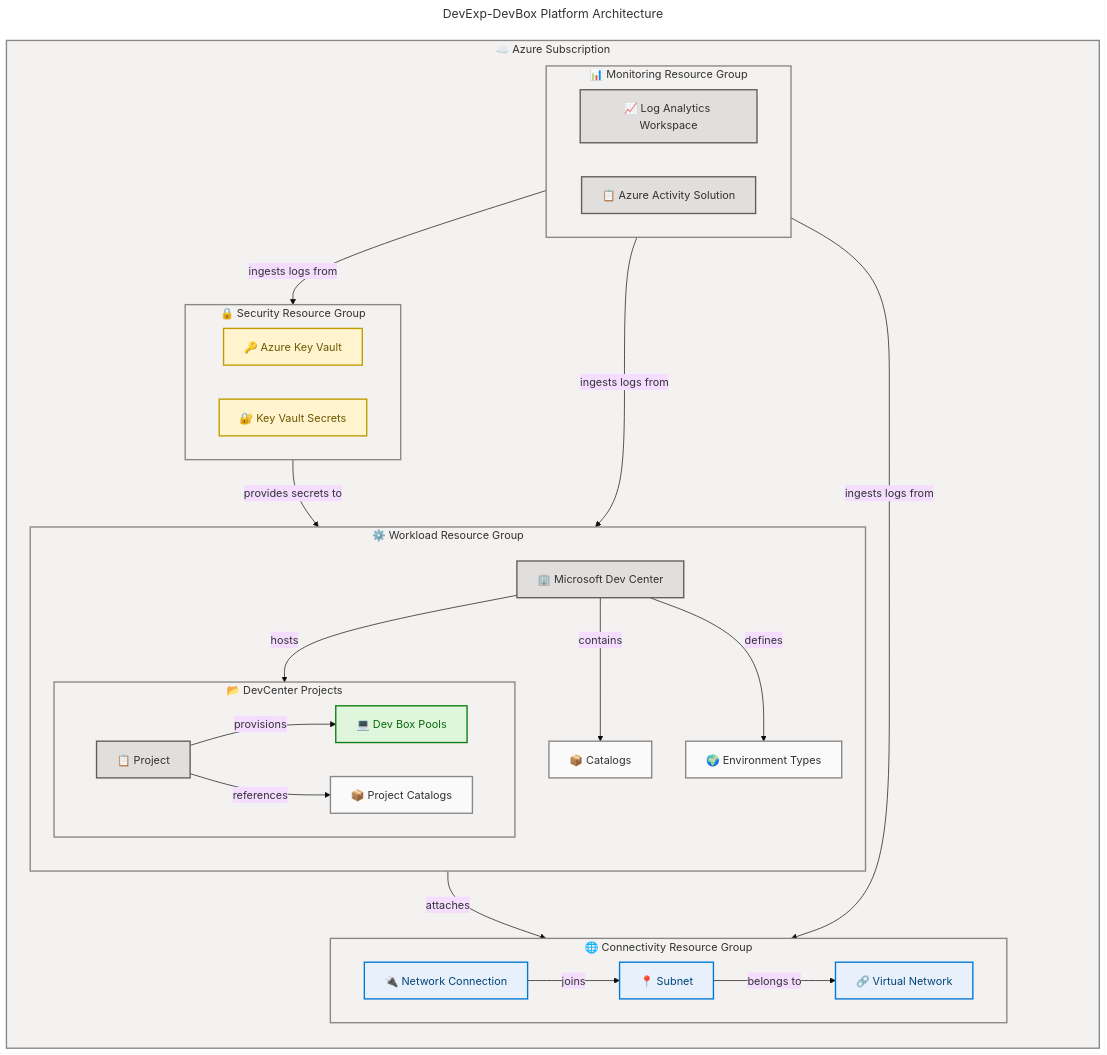
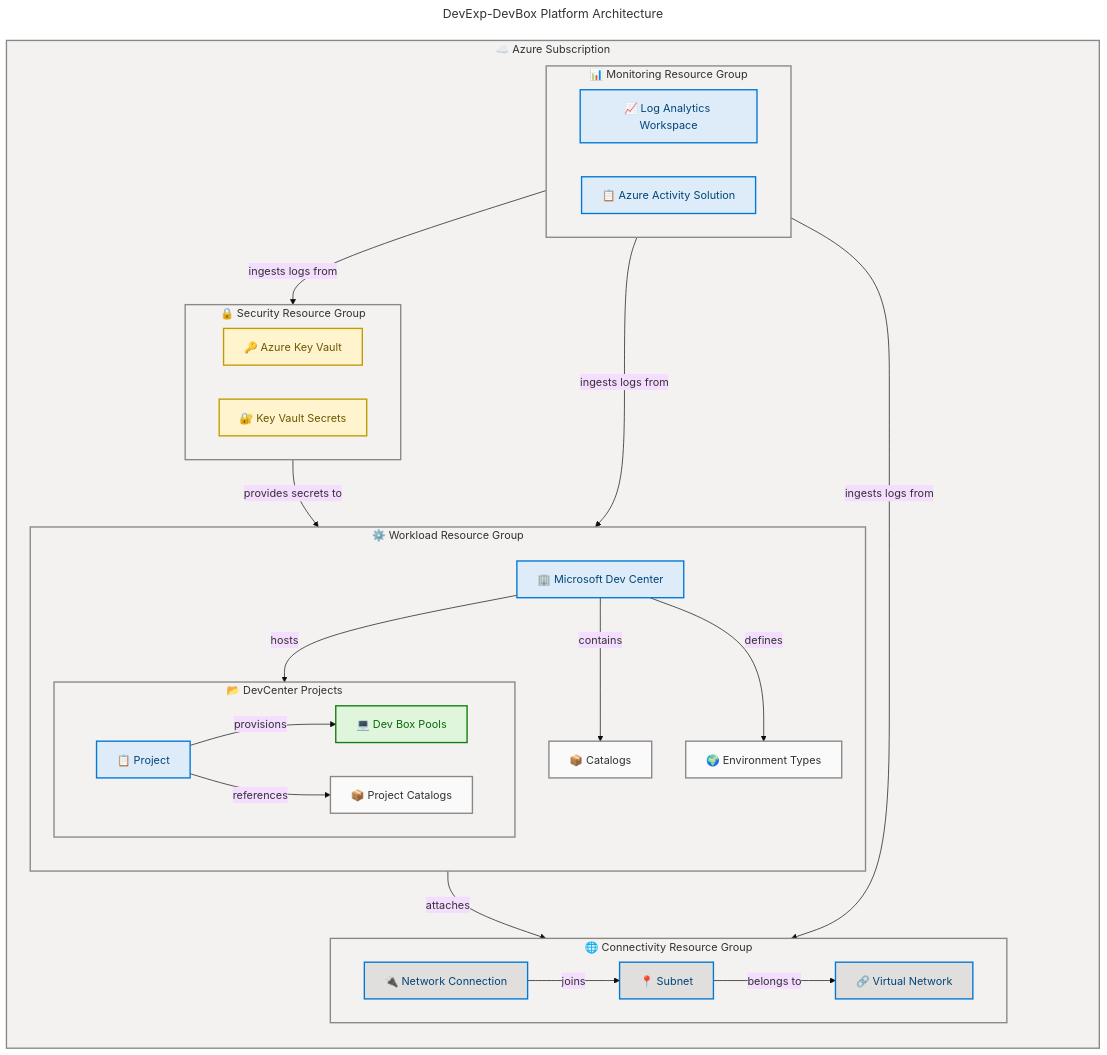
One commit to Evilazaro/DevExp-DevBox changed the first of 2 diagrams in README.md. Above: the diagram before and after it, drawn with Mermaid. The commit also changed other lines of this file, not shown here.

Commit message:
docs: update color documentation in flowcharts for clarity and consistency

````diff
--- a/README.md
+++ b/README.md
@@ -97,11 +97,11 @@
     %% ═══════════════════════════════════════════════════════════════════════════
 
     %% COLOR DOCUMENTATION
-    %% core (#E1DFDD) — Process/API layers (DevCenter, projects, monitoring)
+    %% neutral (#FAFAFA) — Non-semantic supporting elements (catalogs, env types)
+    %% core (#DEECF9) — Process/API layers (DevCenter, projects, monitoring)
     %% success (#DFF6DD) — Deployment pools, provisioned resources
     %% warning (#FFF4CE) — Security-sensitive resources (Key Vault, secrets)
-    %% data (#E8F1FB) — Network/external infrastructure (VNet, subnet)
-    %% neutral (#FAFAFA) — Non-semantic supporting elements (catalogs, env types)
+    %% data (#E1DFDD) — Network/external infrastructure (VNet, subnet)
 
     subgraph subscription["☁️ Azure Subscription"]
         direction TB
@@ -161,10 +161,10 @@
     style projects fill:#F3F2F1,stroke:#8A8886,stroke-width:2px,color:#323130
     style connectivity fill:#F3F2F1,stroke:#8A8886,stroke-width:2px,color:#323130
 
-    %% Centralized classDef palette (canonical — max 5 semantic classes)
-    classDef core fill:#E1DFDD,stroke:#605E5C,stroke-width:2px,color:#323130
+    %% Centralized classDef palette (canonical — neutral-first, max 5 semantic classes)
+    classDef neutral fill:#FAFAFA,stroke:#8A8886,stroke-width:2px,color:#323130
+    classDef core fill:#DEECF9,stroke:#0078D4,stroke-width:2px,color:#004578
     classDef success fill:#DFF6DD,stroke:#107C10,stroke-width:2px,color:#0B6A0B
     classDef warning fill:#FFF4CE,stroke:#C19C00,stroke-width:2px,color:#6D5700
-    classDef data fill:#E8F1FB,stroke:#0078D4,stroke-width:2px,color:#004578
-    classDef neutral fill:#FAFAFA,stroke:#8A8886,stroke-width:2px,color:#323130
+    classDef data fill:#E1DFDD,stroke:#0078D4,stroke-width:2px,color:#004578
 ```
````
